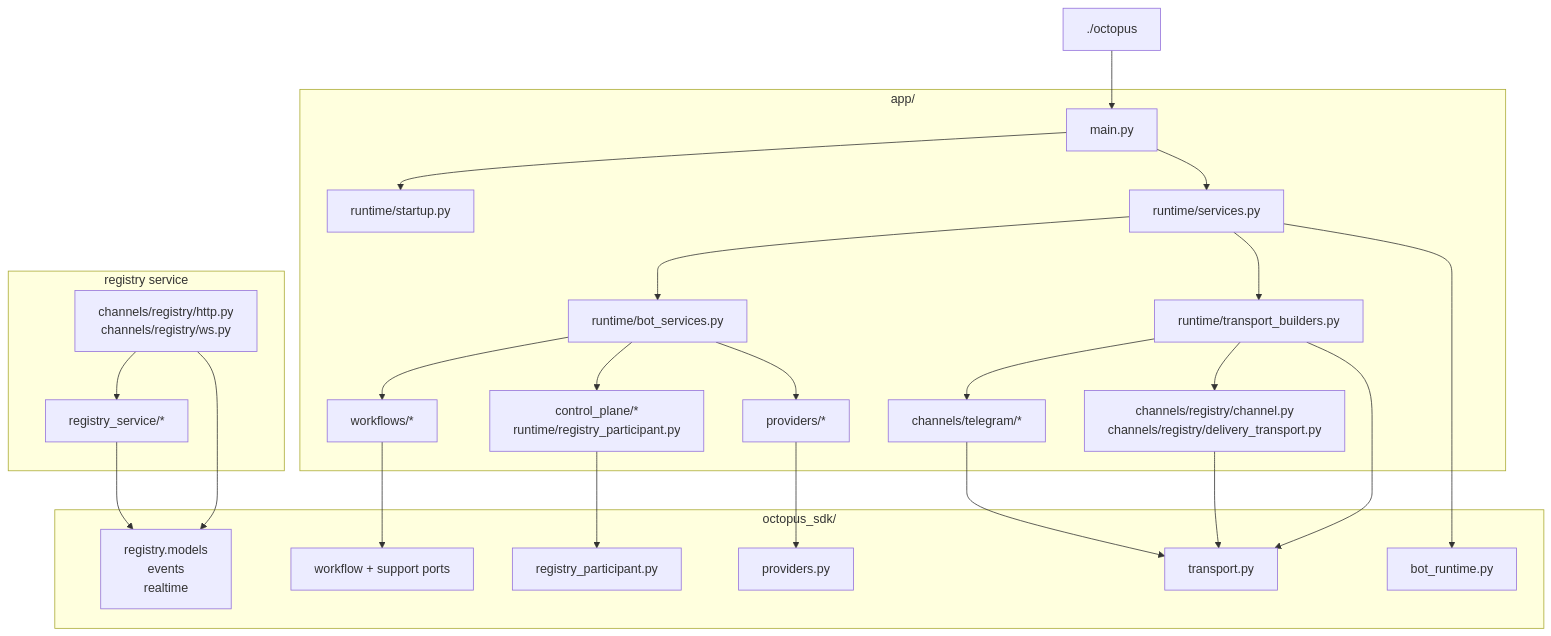
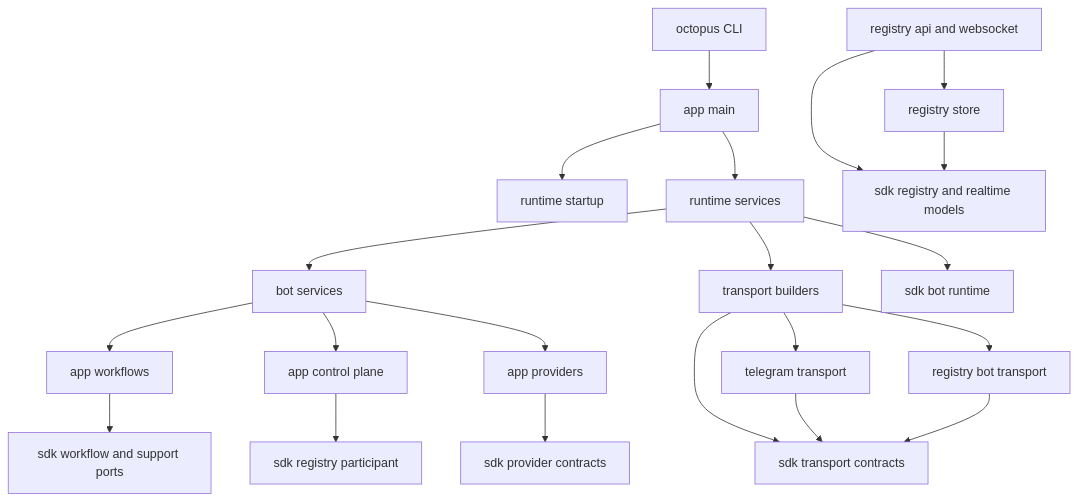
One commit to privacynow/octopus changed the second of 8 diagrams in ARCHITECTURE.md. Above: the diagram before and after it, drawn with Mermaid. The commit also changed other lines of this file, not shown here.

Commit message:
Fix architecture diagrams

````diff
--- a/ARCHITECTURE.md
+++ b/ARCHITECTURE.md
@@ -41,52 +41,45 @@
 ```mermaid
 flowchart TB
-    CLI["./octopus"]
+    cli["octopus CLI"]
+    main["app main"]
+    startup["runtime startup"]
+    services["runtime services"]
+    builders["transport builders"]
+    bot_services["bot services"]
+    telegram_transport["telegram transport"]
+    registry_transport["registry bot transport"]
+    app_workflows["app workflows"]
+    app_control["app control plane"]
+    app_providers["app providers"]
 
-    subgraph App["app/"]
-        Main["main.py"]
-        Startup["runtime/startup.py"]
-        Services["runtime/services.py"]
-        Builders["runtime/transport_builders.py"]
-        BotServices["runtime/bot_services.py"]
-        Telegram["channels/telegram/*"]
-        RegistryTransport["channels/registry/channel.py<br/>channels/registry/delivery_transport.py"]
-        Workflows["workflows/*"]
-        ControlPlane["control_plane/*<br/>runtime/registry_participant.py"]
-        Providers["providers/*"]
-    end
+    sdk_runtime["sdk bot runtime"]
+    sdk_transport["sdk transport contracts"]
+    sdk_participant["sdk registry participant"]
+    sdk_ports["sdk workflow and support ports"]
+    sdk_provider["sdk provider contracts"]
+    sdk_models["sdk registry and realtime models"]
 
-    subgraph SDK["octopus_sdk/"]
-        Runtime["bot_runtime.py"]
-        Transport["transport.py"]
-        Participant["registry_participant.py"]
-        Models["registry.models<br/>events<br/>realtime"]
-        Ports["workflow + support ports"]
-        ProviderSdk["providers.py"]
-    end
+    registry_api["registry api and websocket"]
+    registry_store["registry store"]
 
-    subgraph Registry["registry service"]
-        Api["channels/registry/http.py<br/>channels/registry/ws.py"]
-        Store["registry_service/*"]
-    end
-
-    CLI --> Main
-    Main --> Startup
-    Main --> Services
-    Services --> BotServices
-    Services --> Builders
-    Services --> Runtime
-    Builders --> Telegram
-    Builders --> RegistryTransport
-    Builders --> Transport
-    BotServices --> Workflows
-    BotServices --> ControlPlane
-    BotServices --> Providers
-    Workflows --> Ports
-    ControlPlane --> Participant
-    Providers --> ProviderSdk
-    Telegram --> Transport
-    RegistryTransport --> Transport
-    Api --> Store
-    Api --> Models
-    Store --> Models
+    cli --> main
+    main --> startup
+    main --> services
+    services --> bot_services
+    services --> builders
+    services --> sdk_runtime
+    builders --> telegram_transport
+    builders --> registry_transport
+    builders --> sdk_transport
+    bot_services --> app_workflows
+    bot_services --> app_control
+    bot_services --> app_providers
+    app_workflows --> sdk_ports
+    app_control --> sdk_participant
+    app_providers --> sdk_provider
+    telegram_transport --> sdk_transport
+    registry_transport --> sdk_transport
+    registry_api --> registry_store
+    registry_api --> sdk_models
+    registry_store --> sdk_models
 ```
````
